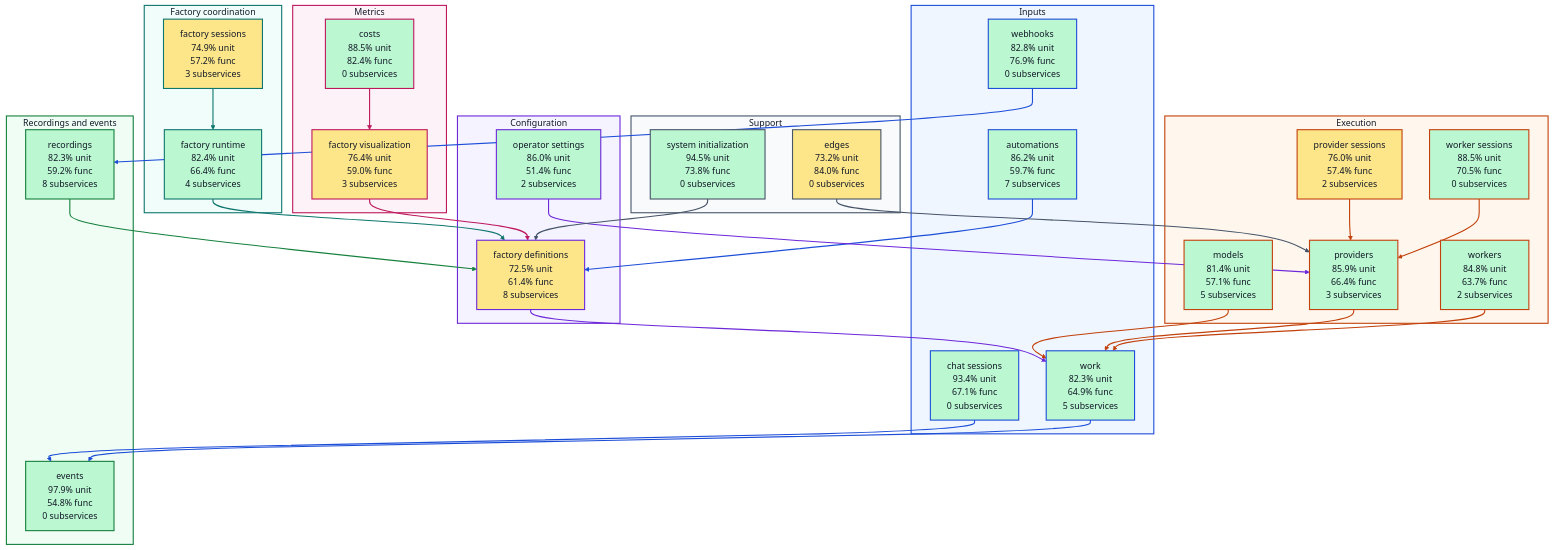
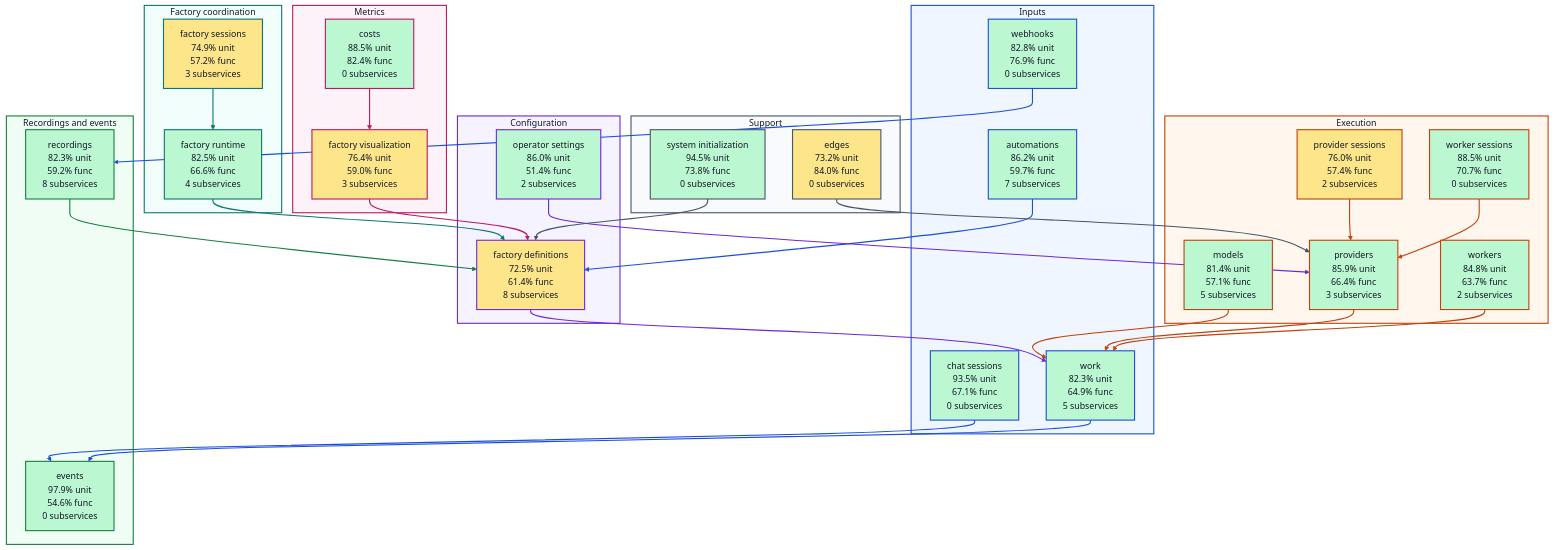
One commit to portpowered/you-agent-factory changed the diagram in docs/architecture/visualizations/high-level-test-coverage.md. Above: the diagram before and after it, drawn with Mermaid. The commit also changed other lines of this file and 20 other files, not shown here.

Commit message:
docs: refresh backend architecture visualizations

```diff
--- a/docs/architecture/visualizations/high-level-test-coverage.md
+++ b/docs/architecture/visualizations/high-level-test-coverage.md
@@ -12,7 +12,7 @@
 flowchart TB
   subgraph input["Inputs"]
     s_services_automations["automations<br/>86.2% unit<br/>59.7% func<br/>7 subservices"]
-    s_services_chat_sessions["chat sessions<br/>93.4% unit<br/>67.1% func<br/>0 subservices"]
+    s_services_chat_sessions["chat sessions<br/>93.5% unit<br/>67.1% func<br/>0 subservices"]
     s_services_webhooks["webhooks<br/>82.8% unit<br/>76.9% func<br/>0 subservices"]
     s_services_work["work<br/>82.3% unit<br/>64.9% func<br/>5 subservices"]
   end
@@ -21,18 +21,18 @@
     s_services_operator_settings["operator settings<br/>86.0% unit<br/>51.4% func<br/>2 subservices"]
   end
   subgraph coordination["Factory coordination"]
-    s_services_factory_runtime["factory runtime<br/>82.4% unit<br/>66.4% func<br/>4 subservices"]
+    s_services_factory_runtime["factory runtime<br/>82.5% unit<br/>66.6% func<br/>4 subservices"]
     s_services_factory_sessions["factory sessions<br/>74.9% unit<br/>57.2% func<br/>3 subservices"]
   end
   subgraph execution["Execution"]
     s_services_models["models<br/>81.4% unit<br/>57.1% func<br/>5 subservices"]
     s_services_provider_sessions["provider sessions<br/>76.0% unit<br/>57.4% func<br/>2 subservices"]
     s_services_providers["providers<br/>85.9% unit<br/>66.4% func<br/>3 subservices"]
-    s_services_worker_sessions["worker sessions<br/>88.5% unit<br/>70.5% func<br/>0 subservices"]
+    s_services_worker_sessions["worker sessions<br/>88.5% unit<br/>70.7% func<br/>0 subservices"]
     s_services_workers["workers<br/>84.8% unit<br/>63.7% func<br/>2 subservices"]
   end
   subgraph recordings["Recordings and events"]
-    s_services_events["events<br/>97.9% unit<br/>54.8% func<br/>0 subservices"]
+    s_services_events["events<br/>97.9% unit<br/>54.6% func<br/>0 subservices"]
     s_services_recordings["recordings<br/>82.3% unit<br/>59.2% func<br/>8 subservices"]
   end
   subgraph metrics["Metrics"]
```
